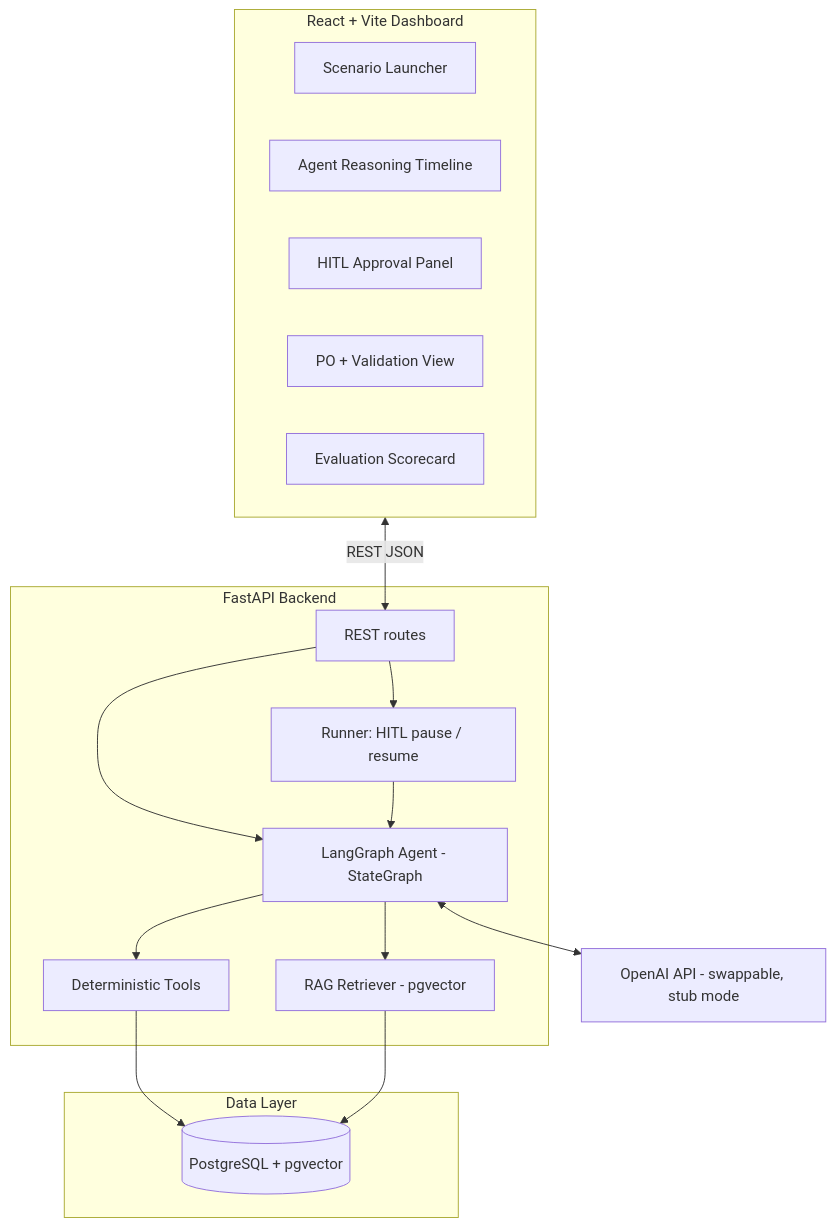
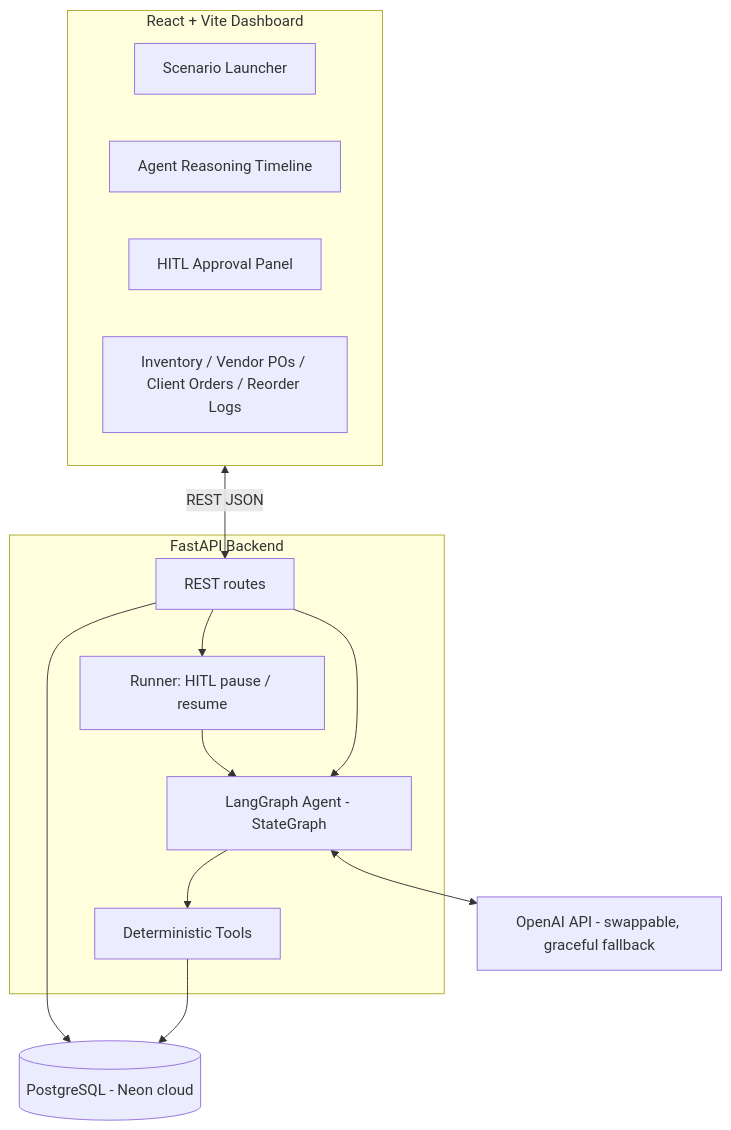
Before and after one commit to D18hr-uv/buyit: the first of 2 diagrams in README.md, drawn with Mermaid. The commit also changed other lines of this file and 31 other files, not shown here.

Commit message:
REFACTOR: Lean inventory-management app on Neon Postgres

````diff
--- a/README.md
+++ b/README.md
@@ -56,33 +62,25 @@
 ```mermaid
 flowchart TB
     subgraph FE["React + Vite Dashboard"]
         UI1[Scenario Launcher]
         UI2[Agent Reasoning Timeline]
         UI3[HITL Approval Panel]
-        UI4[PO + Validation View]
-        UI5[Evaluation Scorecard]
+        UI4[Inventory / Vendor POs / Client Orders / Reorder Logs]
     end
-
     subgraph API["FastAPI Backend"]
         R[REST routes]
         AG[LangGraph Agent - StateGraph]
         TOOLS[Deterministic Tools]
-        RAG[RAG Retriever - pgvector]
         RUN[Runner: HITL pause / resume]
     end
-
-    subgraph DATA["Data Layer"]
-        PG[(PostgreSQL + pgvector)]
-    end
-
-    LLM[OpenAI API - swappable, stub mode]
+    PG[(PostgreSQL - Neon cloud)]
+    LLM[OpenAI API - swappable, graceful fallback]
 
     FE <-->|REST JSON| R
     R --> AG
     AG --> TOOLS
-    AG --> RAG
     AG <--> LLM
     R --> RUN --> AG
     TOOLS --> PG
-    RAG --> PG
+    R --> PG
 ```
````
